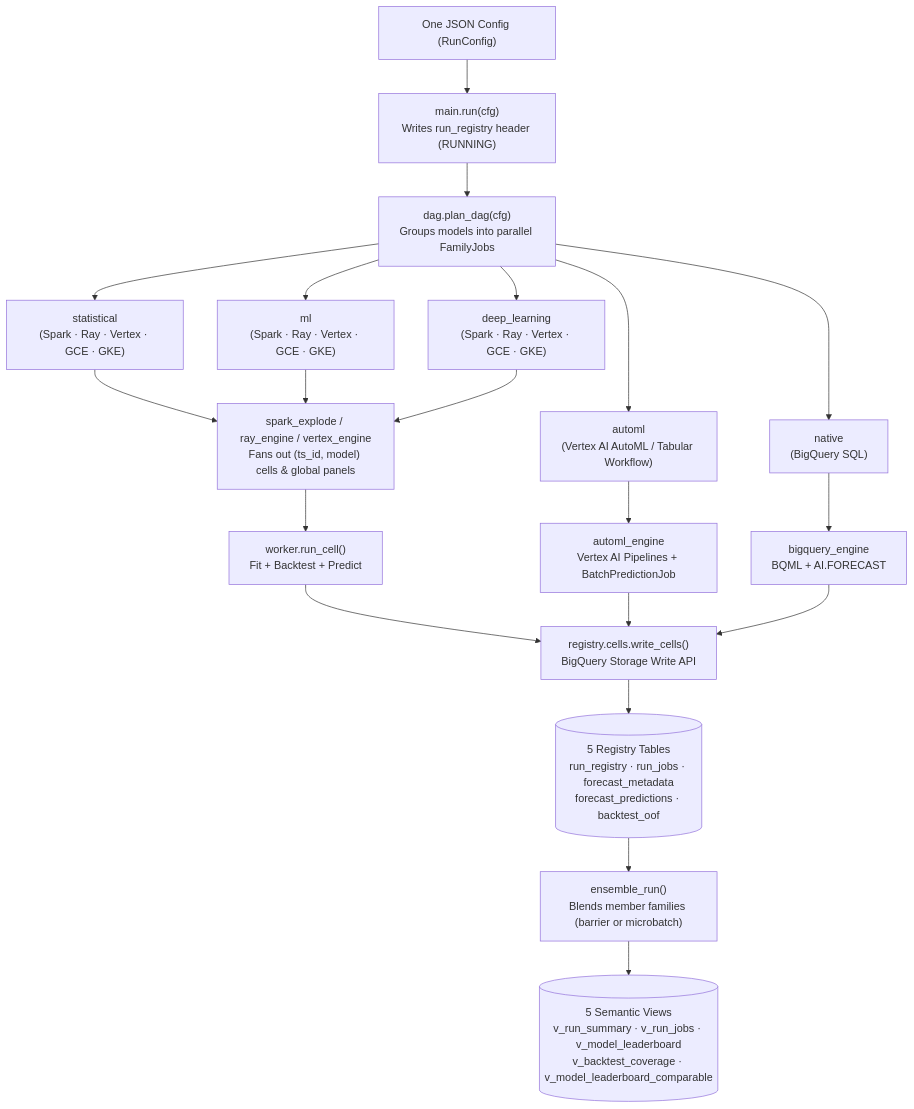
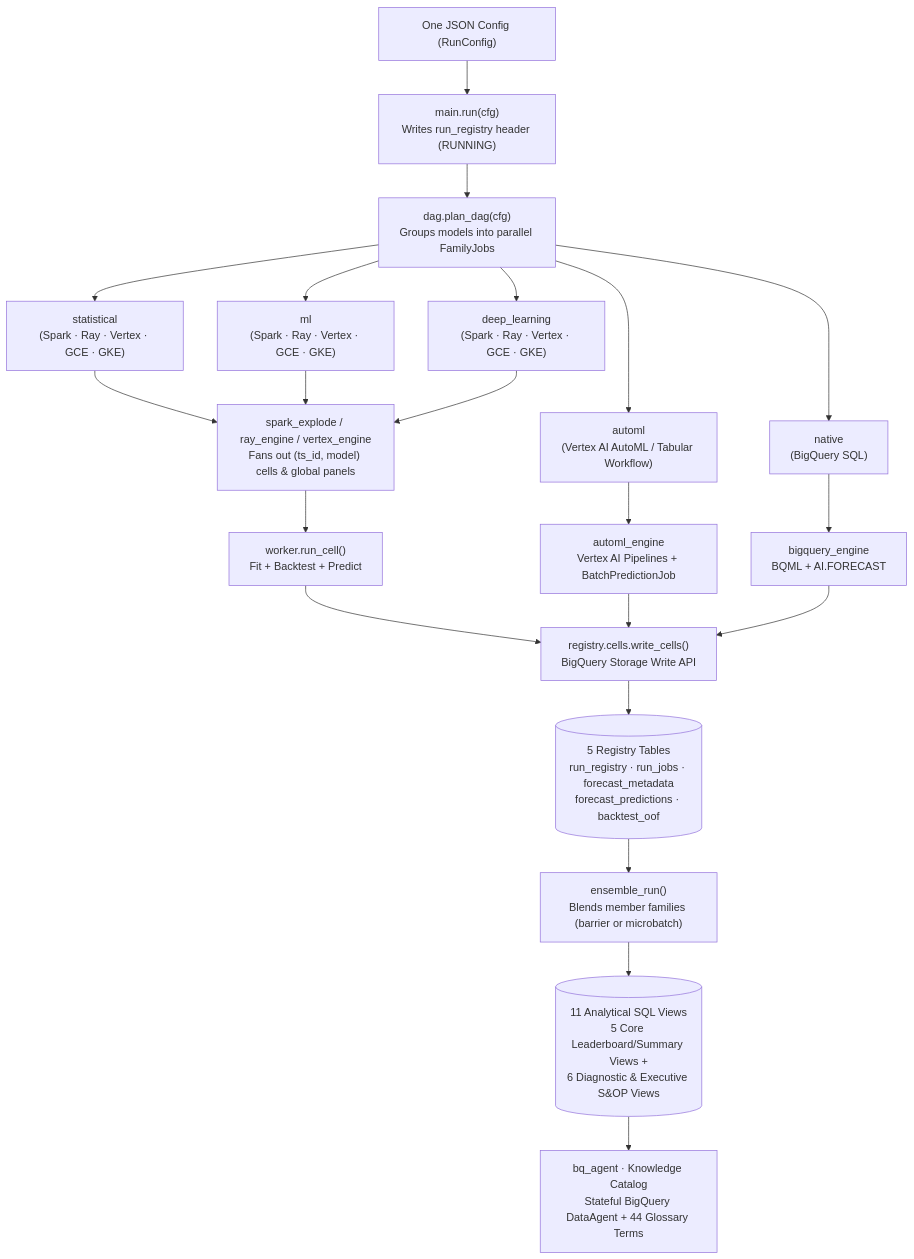
Before and after one commit to statmike/scale-forecasting: the first of 2 diagrams in docs/architecture.md, drawn with Mermaid. The commit also changed other lines of this file and 92 other files, not shown here.

````diff
--- a/docs/architecture.md
+++ b/docs/architecture.md
@@ -32,22 +32,23 @@
 ```mermaid
 flowchart TD
     Cfg["One JSON Config (RunConfig)"] --> Main["main.run(cfg)<br/>Writes run_registry header (RUNNING)"]
     Main --> Plan["dag.plan_dag(cfg)<br/>Groups models into parallel FamilyJobs"]
 
     Plan --> Stat["statistical<br/>(Spark · Ray · Vertex · GCE · GKE)"]
     Plan --> ML["ml<br/>(Spark · Ray · Vertex · GCE · GKE)"]
     Plan --> DL["deep_learning<br/>(Spark · Ray · Vertex · GCE · GKE)"]
     Plan --> AutoML["automl<br/>(Vertex AI AutoML / Tabular Workflow)"]
     Plan --> Nat["native<br/>(BigQuery SQL)"]
 
     Stat & ML & DL --> Engine["spark_explode / ray_engine / vertex_engine<br/>Fans out (ts_id, model) cells & global panels"]
     Engine --> Cell["worker.run_cell()<br/>Fit + Backtest + Predict"]
     AutoML --> AutoMLEng["automl_engine<br/>Vertex AI Pipelines + BatchPredictionJob"]
     Nat --> BQEng["bigquery_engine<br/>BQML + AI.FORECAST"]
 
     Cell & AutoMLEng & BQEng --> Write["registry.cells.write_cells()<br/>BigQuery Storage Write API"]
     Write --> Tables[("5 Registry Tables<br/>run_registry · run_jobs · forecast_metadata<br/>forecast_predictions · backtest_oof")]
 
     Tables --> Ens["ensemble_run()<br/>Blends member families (barrier or microbatch)"]
-    Ens --> Views[("5 Semantic Views<br/>v_run_summary · v_run_jobs · v_model_leaderboard<br/>v_backtest_coverage · v_model_leaderboard_comparable")]
+    Ens --> Views[("11 Analytical SQL Views<br/>5 Core Leaderboard/Summary Views +<br/>6 Diagnostic & Executive S&OP Views")]
+    Views --> Agent["bq_agent · Knowledge Catalog<br/>Stateful BigQuery DataAgent + 44 Glossary Terms"]
 ```
````
